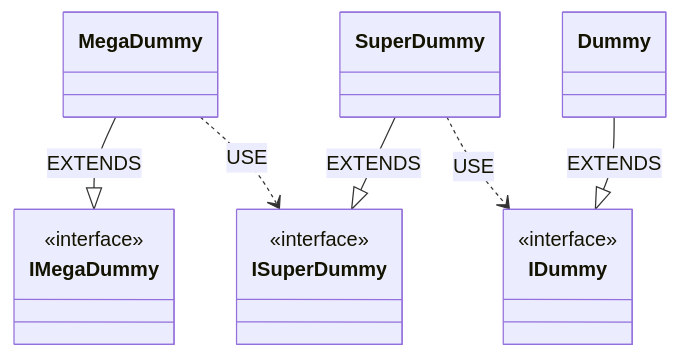
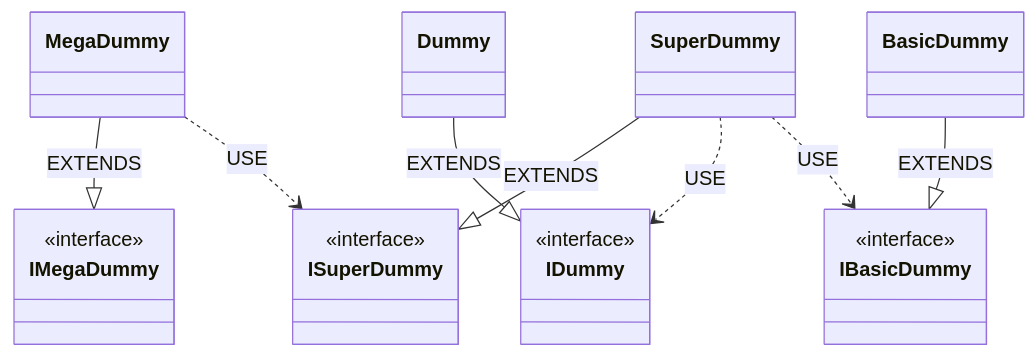
The diagram in 10.goatnative-inject-investigation/Readme.md (jke94/cpp-kitchen), drawn with Mermaid before and after one commit.

Commit message:
Update readme graph

````diff
--- a/10.goatnative-inject-investigation/Readme.md
+++ b/10.goatnative-inject-investigation/Readme.md
@@ -8,23 +8,29 @@
 ```mermaid
 classDiagram
 
 class IDummy{
+    <<interface>>
+}
+
+class IBasicDummy{
     <<interface>>
 }
 
 class ISuperDummy {
     <<interface>>
 }
 
 class IMegaDummy{
     <<interface>>
 }
 
 MegaDummy --|> IMegaDummy : EXTENDS
-
-MegaDummy ..> ISuperDummy : USE
 SuperDummy --|> ISuperDummy : EXTENDS
+BasicDummy --|> IBasicDummy : EXTENDS
+Dummy --|> IDummy : EXTENDS
 
 SuperDummy ..> IDummy : USE
-Dummy --|> IDummy : EXTENDS
+SuperDummy ..> IBasicDummy : USE
+MegaDummy ..> ISuperDummy : USE
+
 ```
````
